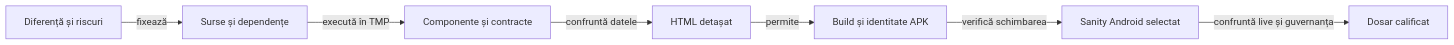
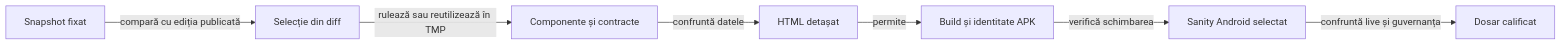
The first of 2 diagrams in docs/testing/ATF_ReleaseQualification.md (crististefanita/atf_j4), drawn with Mermaid before and after one commit. The commit also changed other lines of this file and 12 other files, not shown here.

Commit message:
Derive release test selection from the pinned source diff

````diff
--- a/docs/testing/ATF_ReleaseQualification.md
+++ b/docs/testing/ATF_ReleaseQualification.md
@@ -11,9 +11,9 @@
 ```mermaid
 flowchart LR
-    DIFF[Diferență și riscuri] -->|fixează| SOURCE[Surse și dependențe]
-    SOURCE -->|execută în TMP| JVM[Componente și contracte]
+    SOURCE[Snapshot fixat] -->|compară cu ediția publicată| DIFF[Selecție din diff]
+    DIFF -->|rulează sau reutilizează în TMP| JVM[Componente și contracte]
     JVM -->|confruntă datele| HTML[HTML detașat]
     HTML -->|permite| APK[Build și identitate APK]
     APK -->|verifică schimbarea| NATIVE[Sanity Android selectat]
     NATIVE -->|confruntă live și guvernanța| HANDOFF[Dosar calificat]
 ```
````
